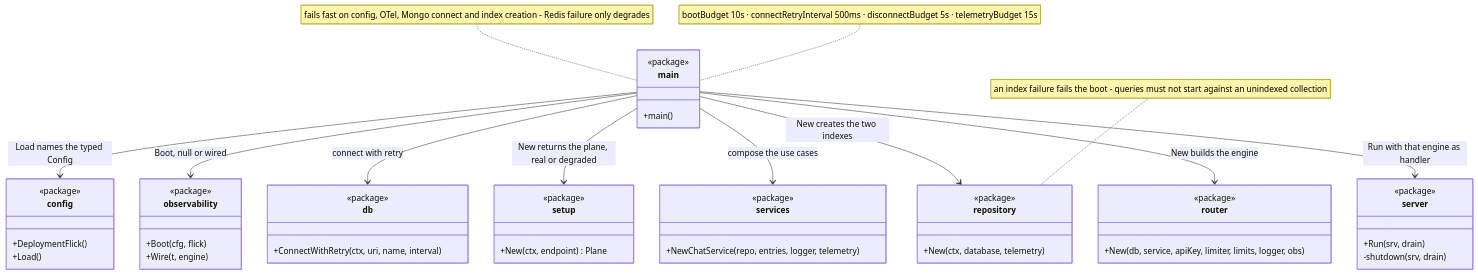
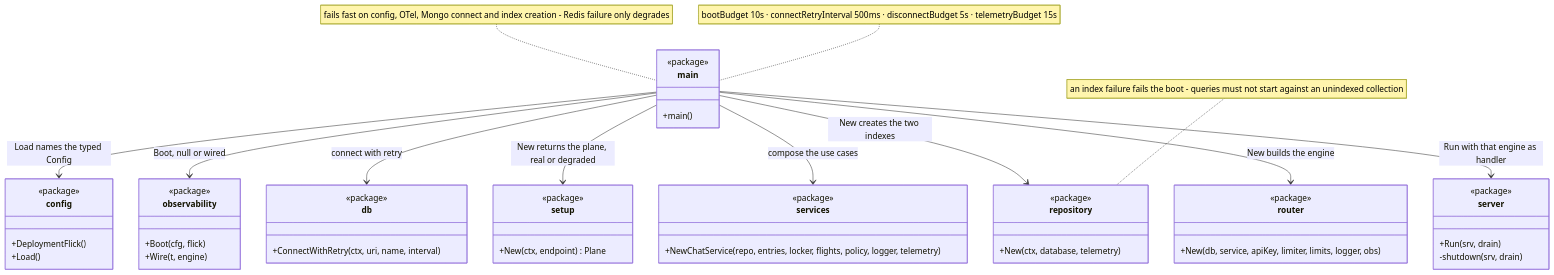
One commit to kunalPisolkar24/detectAI changed the third of 6 diagrams in services/chats/docs/concepts/architecture.md. Above: the diagram before and after it, drawn with Mermaid. The commit also changed other lines of this file and 31 other files, not shown here.

````diff
--- a/services/chats/docs/concepts/architecture.md
+++ b/services/chats/docs/concepts/architecture.md
@@ -146,53 +167,53 @@
 ```mermaid
 classDiagram
     class main {
         <<package>>
         +main()
     }
     class config {
         <<package>>
         +DeploymentFlick()
         +Load()
     }
     class observability {
         <<package>>
         +Boot(cfg, flick)
         +Wire(t, engine)
     }
     class db {
         <<package>>
         +ConnectWithRetry(ctx, uri, name, interval)
     }
     class repository {
         <<package>>
         +New(ctx, database, telemetry)
     }
     class setup {
         <<package>>
         +New(ctx, endpoint) Plane
     }
     class services {
         <<package>>
-        +NewChatService(repo, entries, logger, telemetry)
+        +NewChatService(repo, entries, locker, flights, policy, logger, telemetry)
     }
     class router {
         <<package>>
         +New(db, service, apiKey, limiter, limits, logger, obs)
     }
     class server {
         <<package>>
         +Run(srv, drain)
         -shutdown(srv, drain)
     }
     main --> config : Load names the typed Config
     main --> observability : Boot, null or wired
     main --> db : connect with retry
     main --> repository : New creates the two indexes
     main --> setup : New returns the plane, real or degraded
     main --> services : compose the use cases
     main --> router : New builds the engine
     main --> server : Run with that engine as handler
     note for main "bootBudget 10s · connectRetryInterval 500ms · disconnectBudget 5s · telemetryBudget 15s"
     note for main "fails fast on config, OTel, Mongo connect and index creation - Redis failure only degrades"
     note for repository "an index failure fails the boot - queries must not start against an unindexed collection"
 ```
````
